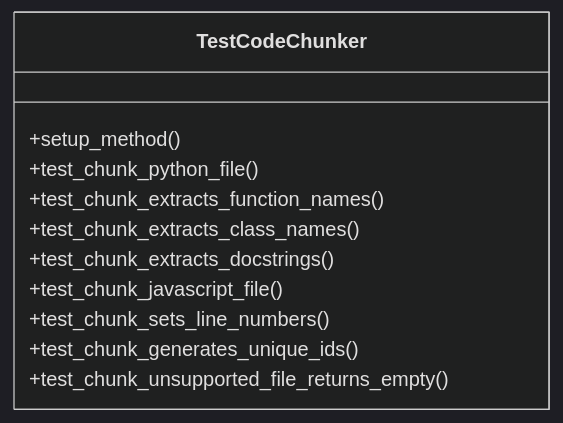
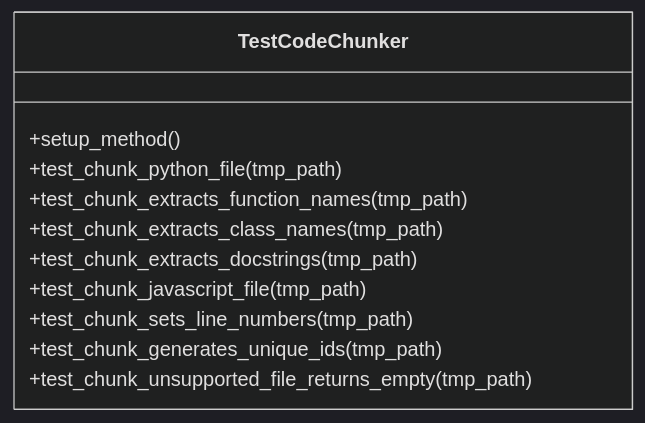
The first of 2 diagrams in .deepwiki/files/tests/test_chunker.md (UrbanDiver/local-deepwiki-mcp), drawn with Mermaid (dark theme) before and after one commit. The commit also changed other lines of this file and 75 other files, not shown here.

````diff
--- a/.deepwiki/files/tests/test_chunker.md
+++ b/.deepwiki/files/tests/test_chunker.md
@@ -247,14 +236,14 @@
 ```mermaid
 classDiagram
     class TestCodeChunker {
         +setup_method()
-        +test_chunk_python_file()
-        +test_chunk_extracts_function_names()
-        +test_chunk_extracts_class_names()
-        +test_chunk_extracts_docstrings()
-        +test_chunk_javascript_file()
-        +test_chunk_sets_line_numbers()
-        +test_chunk_generates_unique_ids()
-        +test_chunk_unsupported_file_returns_empty()
+        +test_chunk_python_file(tmp_path)
+        +test_chunk_extracts_function_names(tmp_path)
+        +test_chunk_extracts_class_names(tmp_path)
+        +test_chunk_extracts_docstrings(tmp_path)
+        +test_chunk_javascript_file(tmp_path)
+        +test_chunk_sets_line_numbers(tmp_path)
+        +test_chunk_generates_unique_ids(tmp_path)
+        +test_chunk_unsupported_file_returns_empty(tmp_path)
     }
 ```
````
